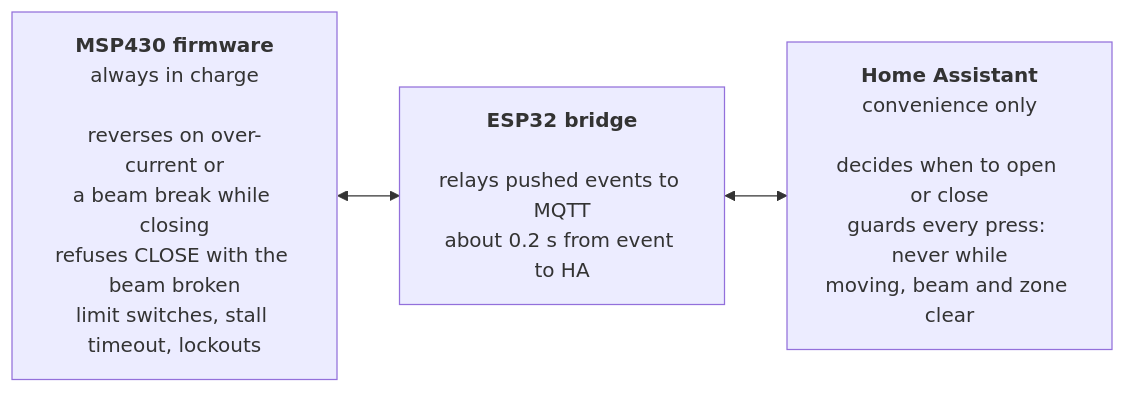
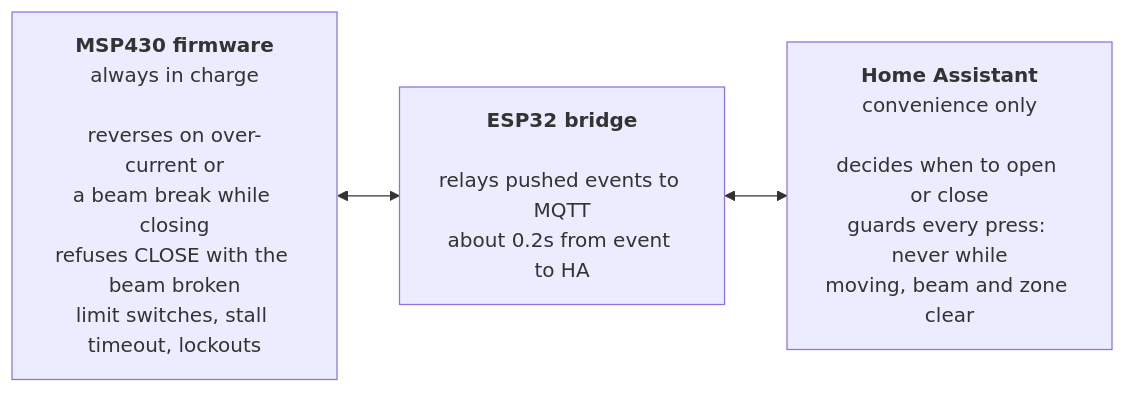
One commit to jakabo27/DRV8262-DIY-Swing-Gate-Controller changed the first of 3 diagrams in home-assistant/README.md. Above: the diagram before and after it, drawn with Mermaid. The commit also changed other lines of this file and 20 other files, not shown here.

First line of the commit message:
Add build photo, screenshots and hand-drawn architecture diagram

````diff
--- a/home-assistant/README.md
+++ b/home-assistant/README.md
@@ -11,7 +9,7 @@
 ```mermaid
 flowchart LR
     FW["<b>MSP430 firmware</b><br/>always in charge<br/><br/>reverses on over-current or<br/>a beam break while closing<br/>refuses CLOSE with the beam broken<br/>limit switches, stall timeout, lockouts"]
-    BR["<b>ESP32 bridge</b><br/><br/>relays pushed events to MQTT<br/>about 0.2 s from event to HA"]
+    BR["<b>ESP32 bridge</b><br/><br/>relays pushed events to MQTT<br/>about 0.2s from event to HA"]
     HA["<b>Home Assistant</b><br/>convenience only<br/><br/>decides when to open or close<br/>guards every press: never while<br/>moving, beam and zone clear"]
     FW <--> BR <--> HA
 ```
````
